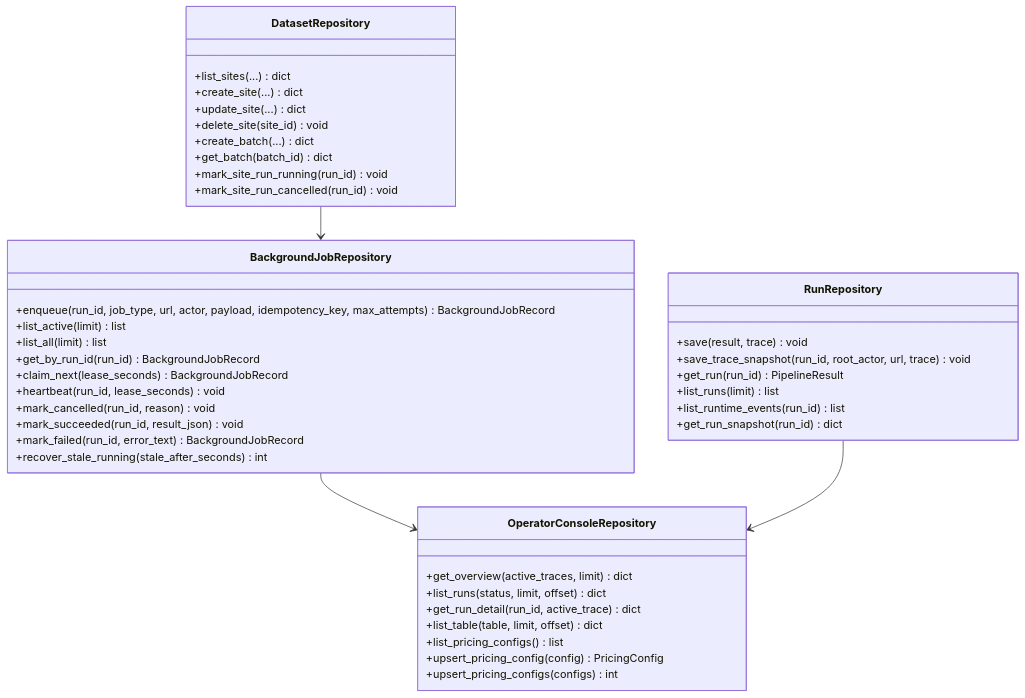
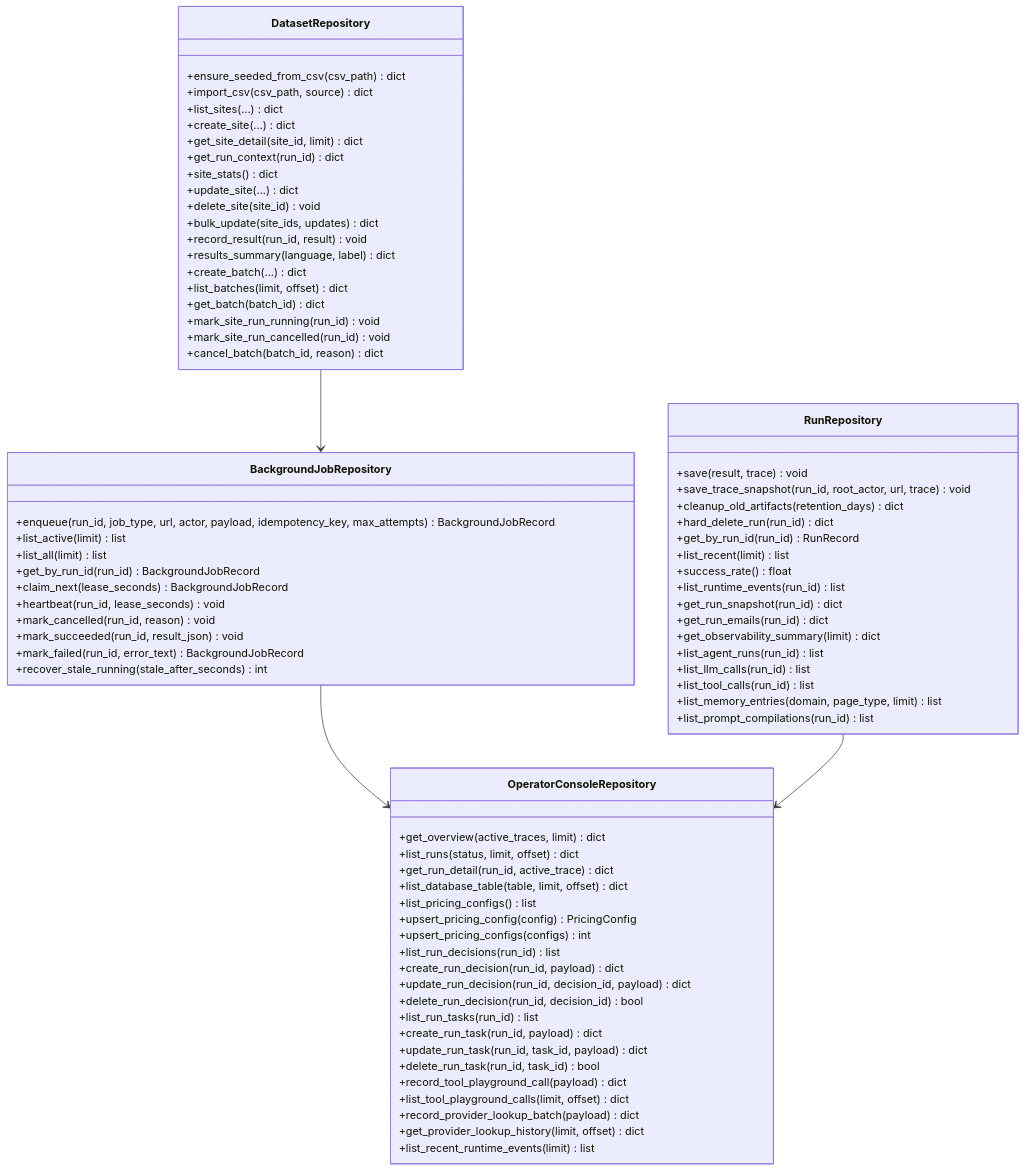
One commit to arfaouiahmed1/Open-Web-Catcher changed the third of 6 diagrams in docs/system/runtime-classes-functions.md. Above: the diagram before and after it, drawn with Mermaid. The commit also changed other lines of this file and 63 other files, not shown here.

First line of the commit message:
Add figures for agent architecture, orchestrator flow, and sequence diagrams

````diff
--- a/docs/system/runtime-classes-functions.md
+++ b/docs/system/runtime-classes-functions.md
@@ -154,49 +164,82 @@
 ```mermaid
 classDiagram
   class RunRepository {
     +save(result, trace) void
     +save_trace_snapshot(run_id, root_actor, url, trace) void
-    +get_run(run_id) PipelineResult
-    +list_runs(limit) list
+    +cleanup_old_artifacts(retention_days) dict
+    +hard_delete_run(run_id) dict
+    +get_by_run_id(run_id) RunRecord
+    +list_recent(limit) list
+    +success_rate() float
     +list_runtime_events(run_id) list
     +get_run_snapshot(run_id) dict
+    +get_run_emails(run_id) dict
+    +get_observability_summary(limit) dict
+    +list_agent_runs(run_id) list
+    +list_llm_calls(run_id) list
+    +list_tool_calls(run_id) list
+    +list_memory_entries(domain, page_type, limit) list
+    +list_prompt_compilations(run_id) list
   }
 
   class BackgroundJobRepository {
     +enqueue(run_id, job_type, url, actor, payload, idempotency_key, max_attempts) BackgroundJobRecord
     +list_active(limit) list
     +list_all(limit) list
     +get_by_run_id(run_id) BackgroundJobRecord
     +claim_next(lease_seconds) BackgroundJobRecord
     +heartbeat(run_id, lease_seconds) void
     +mark_cancelled(run_id, reason) void
     +mark_succeeded(run_id, result_json) void
     +mark_failed(run_id, error_text) BackgroundJobRecord
     +recover_stale_running(stale_after_seconds) int
   }
 
   class OperatorConsoleRepository {
     +get_overview(active_traces, limit) dict
     +list_runs(status, limit, offset) dict
     +get_run_detail(run_id, active_trace) dict
-    +list_table(table, limit, offset) dict
+    +list_database_table(table, limit, offset) dict
     +list_pricing_configs() list
     +upsert_pricing_config(config) PricingConfig
     +upsert_pricing_configs(configs) int
+    +list_run_decisions(run_id) list
+    +create_run_decision(run_id, payload) dict
+    +update_run_decision(run_id, decision_id, payload) dict
+    +delete_run_decision(run_id, decision_id) bool
+    +list_run_tasks(run_id) list
+    +create_run_task(run_id, payload) dict
+    +update_run_task(run_id, task_id, payload) dict
+    +delete_run_task(run_id, task_id) bool
+    +record_tool_playground_call(payload) dict
+    +list_tool_playground_calls(limit, offset) dict
+    +record_provider_lookup_batch(payload) dict
+    +get_provider_lookup_history(limit, offset) dict
+    +list_recent_runtime_events(limit) list
   }
 
   class DatasetRepository {
+    +ensure_seeded_from_csv(csv_path) dict
+    +import_csv(csv_path, source) dict
     +list_sites(...) dict
     +create_site(...) dict
+    +get_site_detail(site_id, limit) dict
+    +get_run_context(run_id) dict
+    +site_stats() dict
     +update_site(...) dict
     +delete_site(site_id) void
+    +bulk_update(site_ids, updates) dict
+    +record_result(run_id, result) void
+    +results_summary(language, label) dict
     +create_batch(...) dict
+    +list_batches(limit, offset) dict
     +get_batch(batch_id) dict
     +mark_site_run_running(run_id) void
     +mark_site_run_cancelled(run_id) void
+    +cancel_batch(batch_id, reason) dict
   }
 
   BackgroundJobRepository --> OperatorConsoleRepository
   RunRepository --> OperatorConsoleRepository
   DatasetRepository --> BackgroundJobRepository
 ```
````
